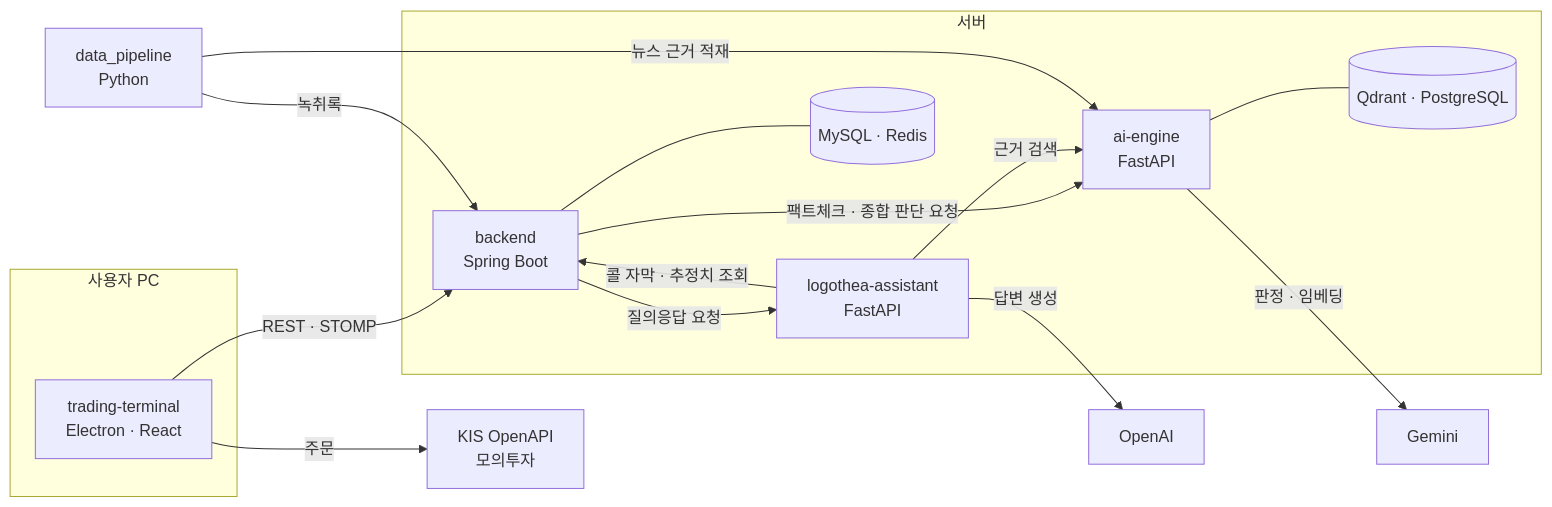
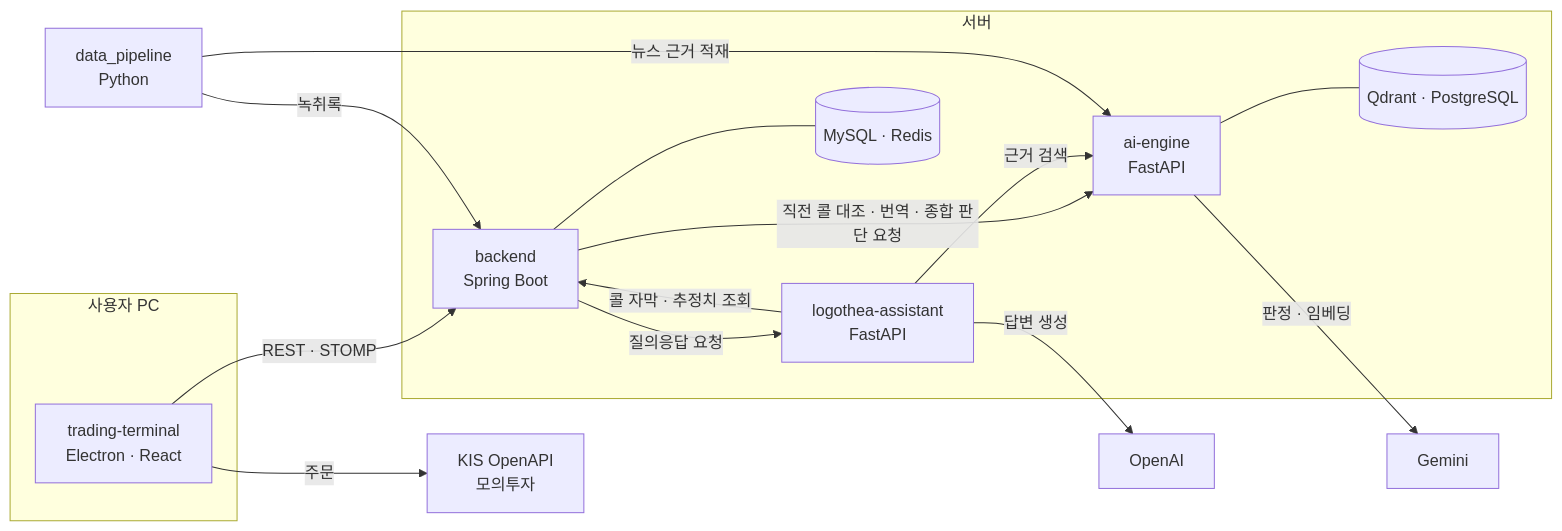
One commit to keonha123/Earning-Whisperer changed the diagram in README.md. Above: the diagram before and after it, drawn with Mermaid. The commit also changed other lines of this file and 15 other files, not shown here.

````diff
--- a/README.md
+++ b/README.md
@@ -39,32 +39,32 @@
 ```mermaid
 flowchart LR
     subgraph PC["사용자 PC"]
         T["trading-terminal<br/>Electron · React"]
     end
 
     subgraph Server["서버"]
         B["backend<br/>Spring Boot"]
         A["ai-engine<br/>FastAPI"]
         S["logothea-assistant<br/>FastAPI"]
         DB[("MySQL · Redis")]
         V[("Qdrant · PostgreSQL")]
     end
 
     P["data_pipeline<br/>Python"]
     KIS["KIS OpenAPI<br/>모의투자"]
     LLM["Gemini"]
     OA["OpenAI"]
 
     T -- "REST · STOMP" --> B
     T -- "주문" --> KIS
-    B -- "팩트체크 · 종합 판단 요청" --> A
+    B -- "직전 콜 대조 · 번역 · 종합 판단 요청" --> A
     B --- DB
     A --- V
     A -- "판정 · 임베딩" --> LLM
     B -- "질의응답 요청" --> S
     S -- "콜 자막 · 추정치 조회" --> B
     S -- "근거 검색" --> A
     S -- "답변 생성" --> OA
     P -- "녹취록" --> B
     P -- "뉴스 근거 적재" --> A
 ```
````
